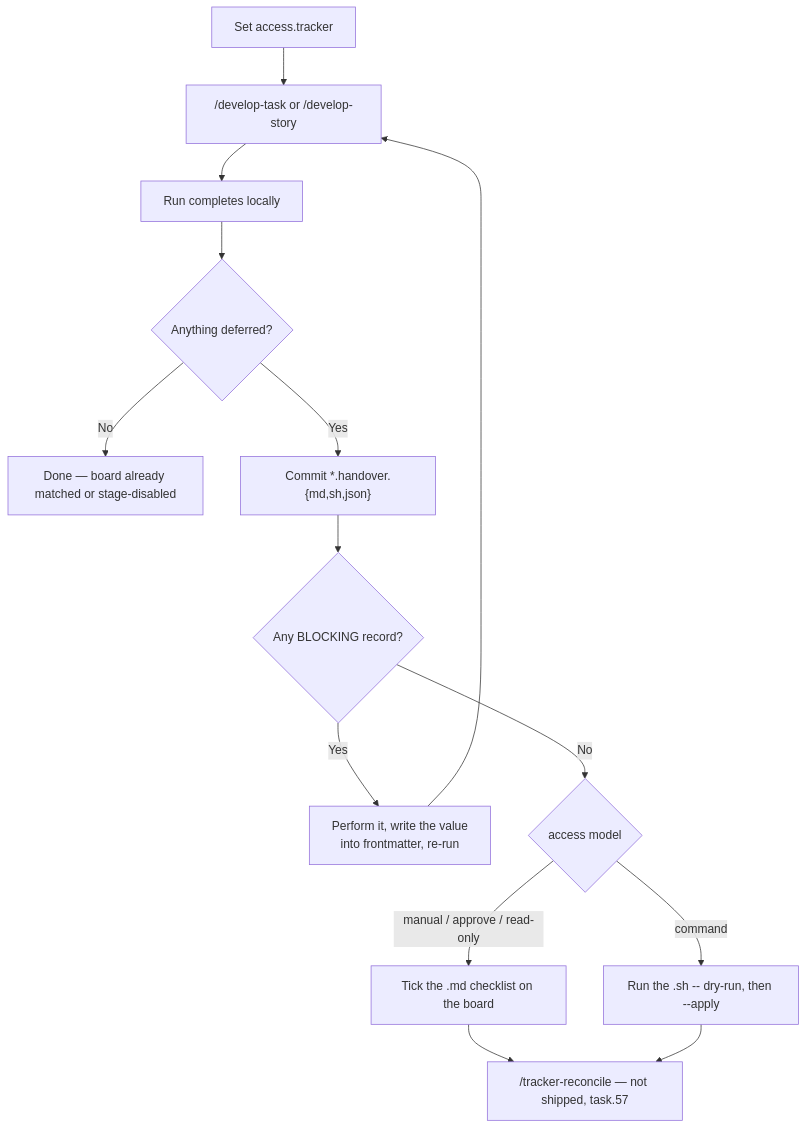
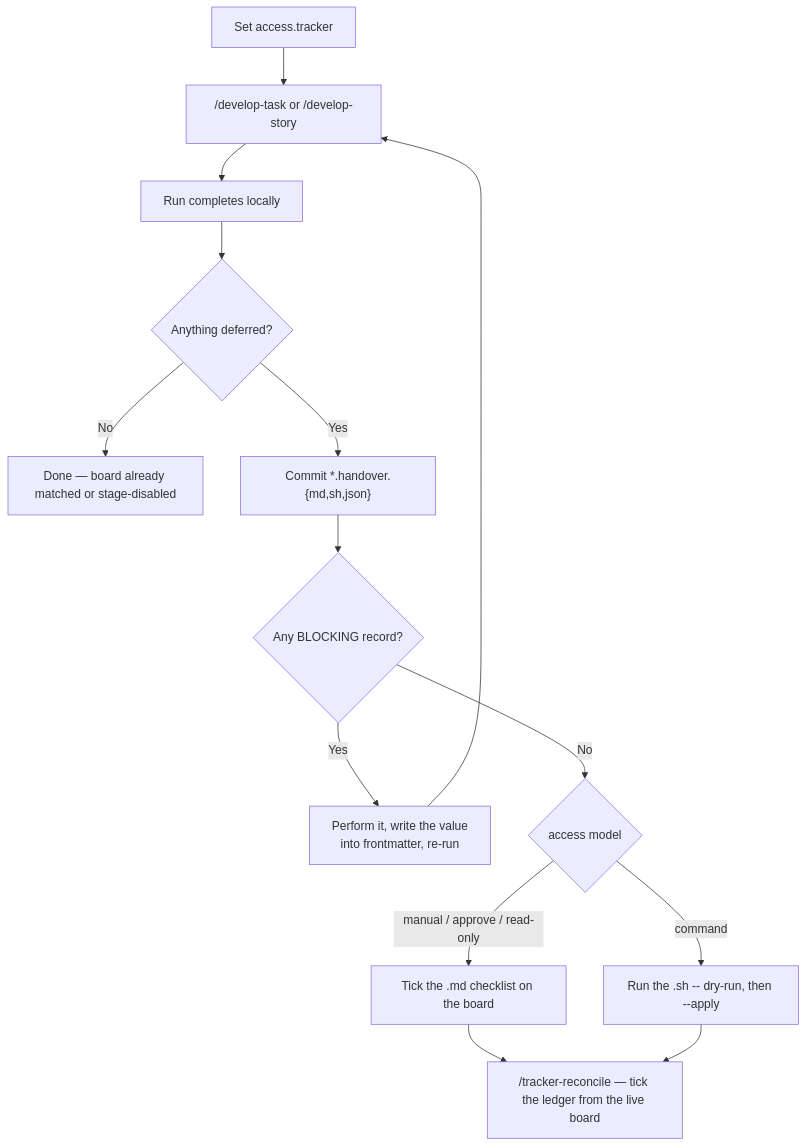
The diagram in docs/runbooks/restricted-access.md (Gamaroff/agent-skills), drawn with Mermaid before and after one commit. The commit also changed other lines of this file and 81 other files, not shown here.

````diff
--- a/docs/runbooks/restricted-access.md
+++ b/docs/runbooks/restricted-access.md
@@ -65,16 +65,16 @@
 ```mermaid
 flowchart TD
     A[Set access.tracker] --> B["/develop-task or /develop-story"]
     B --> C[Run completes locally]
     C --> D{Anything deferred?}
     D -->|No| E[Done — board already matched or stage-disabled]
     D -->|Yes| F["Commit *.handover.{md,sh,json}"]
     F --> K{Any BLOCKING record?}
     K -->|Yes| L["Perform it, write the value<br/>into frontmatter, re-run"]
     L --> B
     K -->|No| G{access model}
     G -->|manual / approve / read-only| H[Tick the .md checklist on the board]
     G -->|command| I["Run the .sh -- dry-run, then --apply"]
-    H --> J["/tracker-reconcile — not shipped, task.57"]
+    H --> J["/tracker-reconcile — tick the ledger from the live board"]
     I --> J
 ```
````
